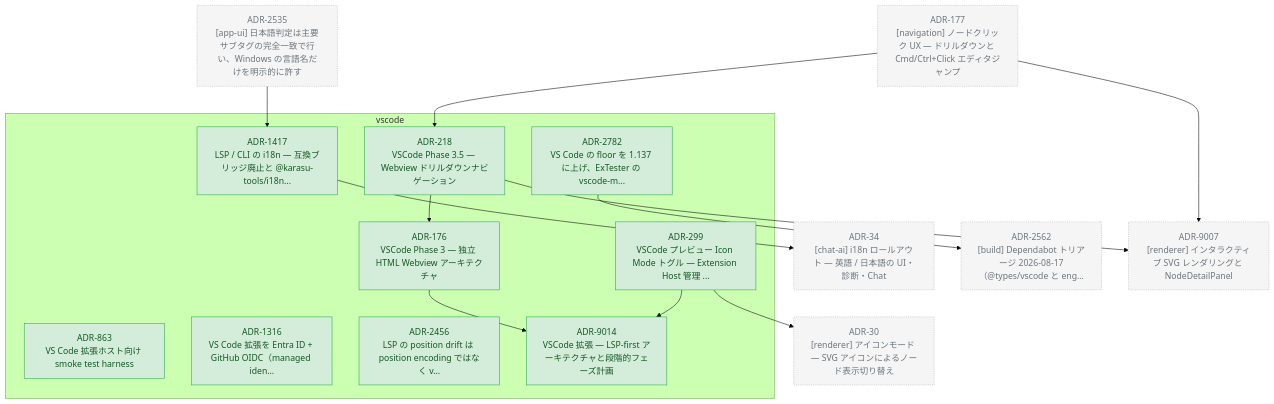
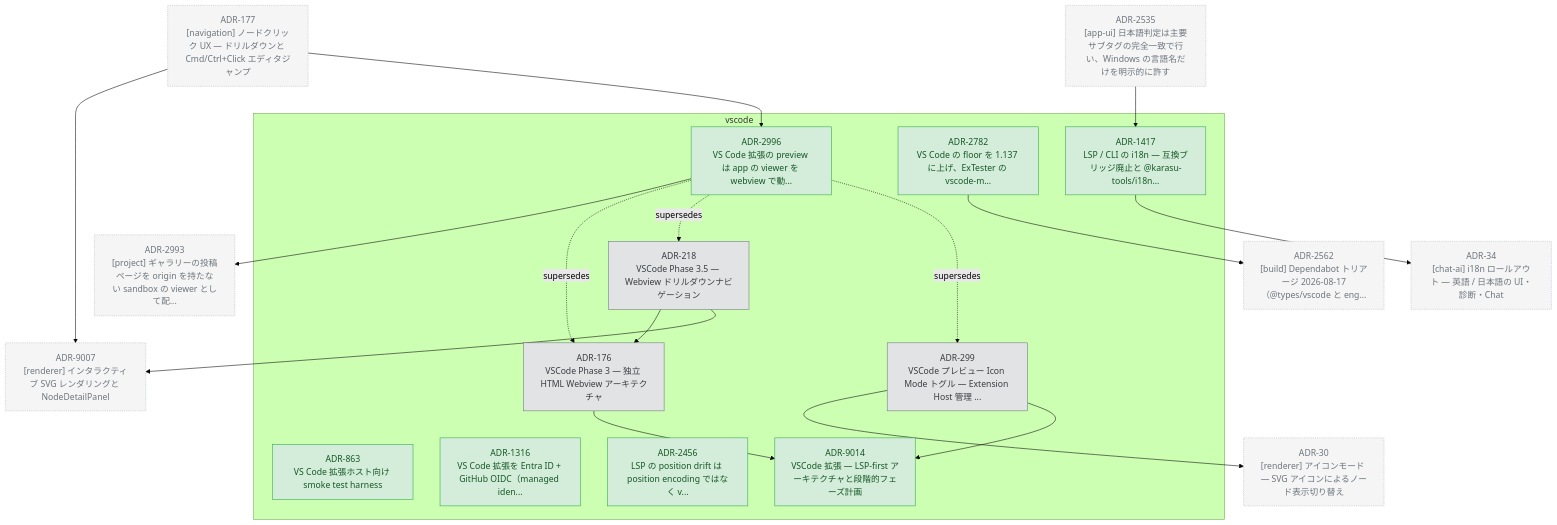
The diagram in docs/adr/graph/vscode.md (kompiro/karasu), drawn with Mermaid (forest theme) before and after one commit. The commit also changed 11 other files, not shown here.

First line of the commit message:
docs(adr): promote the VS Code shared-viewer design to ADR-2996 (#2996)

````diff
--- a/docs/adr/graph/vscode.md
+++ b/docs/adr/graph/vscode.md
@@ -6,52 +6,60 @@
 ```mermaid
 flowchart TD
   subgraph vscode["vscode"]
     ADR_176["ADR-176<br/>VSCode Phase 3 — 独立 HTML Webview アーキテクチャ"]
     ADR_218["ADR-218<br/>VSCode Phase 3.5 — Webview ドリルダウンナビゲーション"]
     ADR_299["ADR-299<br/>VSCode プレビュー Icon Mode トグル — Extension Host 管理 ..."]
     ADR_863["ADR-863<br/>VS Code 拡張ホスト向け smoke test harness"]
     ADR_1316["ADR-1316<br/>VS Code 拡張を Entra ID + GitHub OIDC（managed iden..."]
     ADR_1417["ADR-1417<br/>LSP / CLI の i18n — 互換ブリッジ廃止と @karasu-tools/i18n..."]
     ADR_2456["ADR-2456<br/>LSP の position drift は position encoding ではなく v..."]
     ADR_2782["ADR-2782<br/>VS Code の floor を 1.137 に上げ、ExTester の vscode-m..."]
+    ADR_2996["ADR-2996<br/>VS Code 拡張の preview は app の viewer を webview で動..."]
     ADR_9014["ADR-9014<br/>VSCode 拡張 — LSP-first アーキテクチャと段階的フェーズ計画"]
   end
   ADR_30["ADR-30<br/>[renderer] アイコンモード — SVG アイコンによるノード表示切り替え"]
   ADR_34["ADR-34<br/>[chat-ai] i18n ロールアウト — 英語 / 日本語の UI・診断・Chat"]
   ADR_177["ADR-177<br/>[navigation] ノードクリック UX — ドリルダウンと Cmd/Ctrl+Click エディタジャンプ"]
   ADR_2535["ADR-2535<br/>[app-ui] 日本語判定は主要サブタグの完全一致で行い、Windows の言語名だけを明示的に許す"]
   ADR_2562["ADR-2562<br/>[build] Dependabot トリアージ 2026-08-17（@types/vscode と eng..."]
+  ADR_2993["ADR-2993<br/>[project] ギャラリーの投稿ページを origin を持たない sandbox の viewer として配..."]
   ADR_9007["ADR-9007<br/>[renderer] インタラクティブ SVG レンダリングと NodeDetailPanel"]
   ADR_176 --> ADR_9014
   ADR_218 --> ADR_176
   ADR_218 --> ADR_9007
   ADR_299 --> ADR_30
   ADR_299 --> ADR_9014
   ADR_1417 --> ADR_34
   ADR_2782 --> ADR_2562
+  ADR_2996 --> ADR_2993
   ADR_177 --> ADR_9007
-  ADR_177 --> ADR_218
+  ADR_177 --> ADR_2996
   ADR_2535 --> ADR_1417
+  ADR_2996 -.supersedes.-> ADR_176
+  ADR_2996 -.supersedes.-> ADR_218
+  ADR_2996 -.supersedes.-> ADR_299
 
   classDef accepted fill:#d4edda,stroke:#28a745,color:#155724
   classDef proposed fill:#fff3cd,stroke:#ffc107,color:#856404
   classDef deprecated fill:#f8d7da,stroke:#dc3545,color:#721c24
   classDef superseded fill:#e2e3e5,stroke:#6c757d,color:#383d41
   classDef not_adopted fill:#e2e3e5,stroke:#6c757d,color:#383d41,stroke-dasharray:3 3
   classDef ghost fill:#f5f5f5,stroke:#adb5bd,color:#6c757d,stroke-dasharray:2 2
-  class ADR_176 accepted
-  class ADR_218 accepted
-  class ADR_299 accepted
+  class ADR_176 superseded
+  class ADR_218 superseded
+  class ADR_299 superseded
   class ADR_863 accepted
   class ADR_1316 accepted
   class ADR_1417 accepted
   class ADR_2456 accepted
   class ADR_2782 accepted
+  class ADR_2996 accepted
   class ADR_9014 accepted
   class ADR_30 ghost
   class ADR_34 ghost
   class ADR_177 ghost
   class ADR_2535 ghost
   class ADR_2562 ghost
+  class ADR_2993 ghost
   class ADR_9007 ghost
 ```
````
